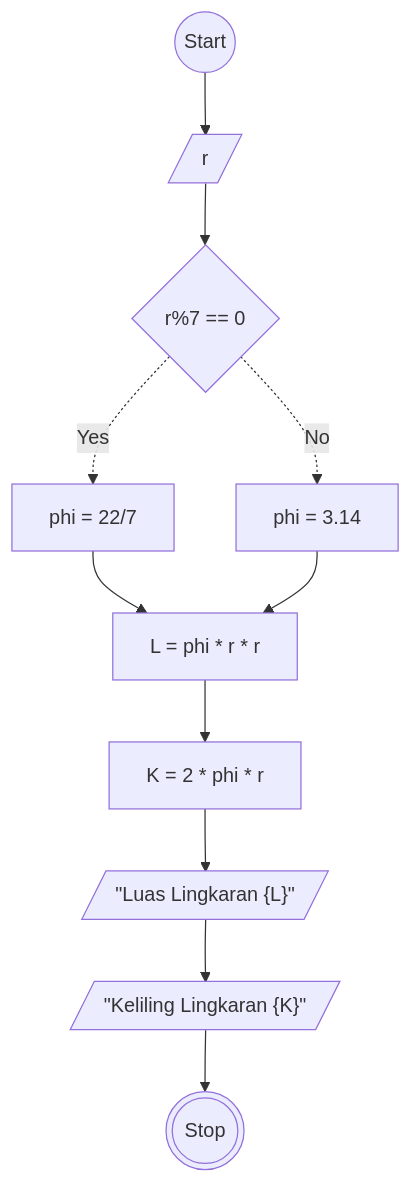
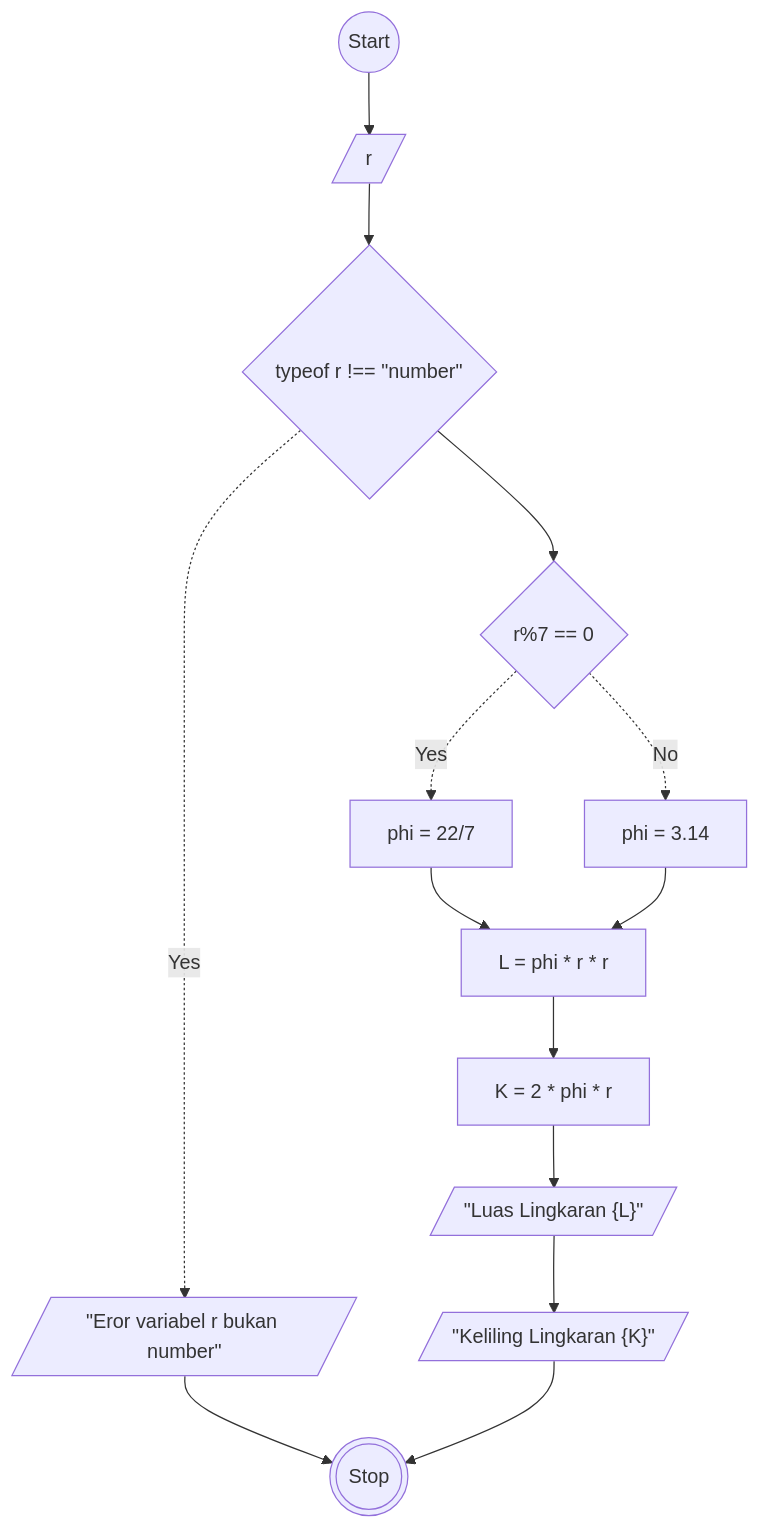
One commit to dimastadeoo/koda-b8-javascript1 changed the diagram in readme.md. Above: the diagram before and after it, drawn with Mermaid.

````diff
--- a/readme.md
+++ b/readme.md
@@ -6,21 +6,28 @@
 ```mermaid
 
 flowchart TD
     A@{ shape: circle, label: "Start" }
     
     B@{ shape: lean-r, label: "r" }
+
+    K@{ shape: diamond, label: 'typeof r !== "number"' }
+    L@{ shape: lean-r, label: '"Eror variabel r bukan number"' }
+
+
+
+
     I@{ shape: diamond, label: "r%7 == 0" }
     J@{ shape: rect, label: "phi = 22/7" }
     C@{ shape: rect, label: "phi = 3.14" }
     D@{ shape: rect, label: "L = phi * r * r" }
     E@{ shape: rect, label: "K = 2 * phi * r" }
     F@{ shape: lean-r, label: '"Luas Lingkaran {L}"' }
     G@{ shape: lean-r, label: '"Keliling Lingkaran {K}"' }
     H@{ shape: dbl-circ, label: "Stop" }
 
-    A-->B-->I-.Yes.->J-->D
-    
+    A-->B-->K-->I-.Yes.->J-->D
+    K-.Yes.->L-->H
     I-.No .->C-->D-->E-->F-->G-->H
 
 
 ```
````
